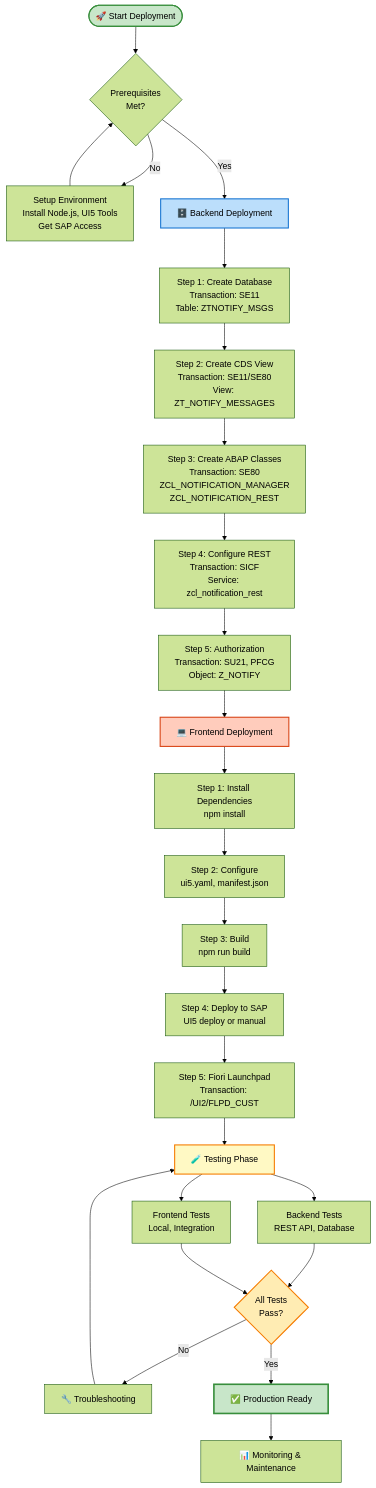
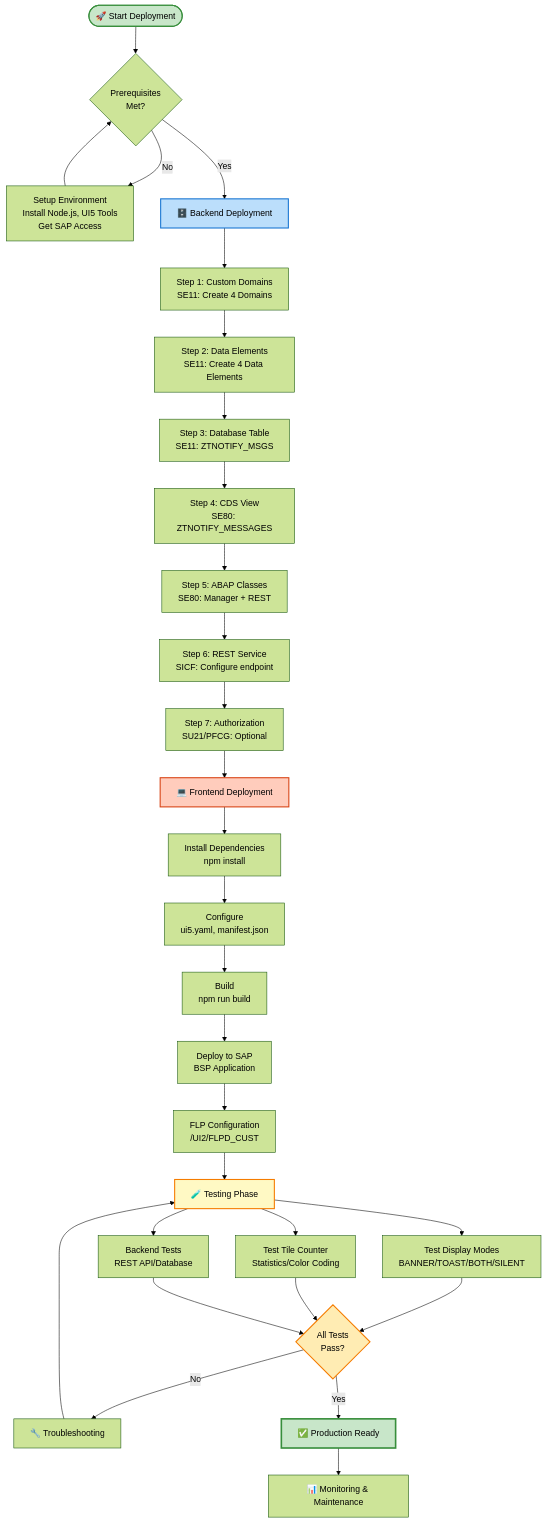
Before and after one commit to Raistlin82/sap-fiori-notification-banner: the diagram in docs/DEPLOYMENT_GUIDE.md, drawn with Mermaid (forest theme). The commit also changed other lines of this file, not shown here.

````diff
--- a/docs/DEPLOYMENT_GUIDE.md
+++ b/docs/DEPLOYMENT_GUIDE.md
@@ -81,39 +98,43 @@
 ```mermaid
 graph TB
     Start([🚀 Start Deployment]) --> Prerequisites{Prerequisites<br/>Met?}
     Prerequisites -->|No| SetupEnv[Setup Environment<br/>Install Node.js, UI5 Tools<br/>Get SAP Access]
     SetupEnv --> Prerequisites
     Prerequisites -->|Yes| Backend[🗄️ Backend Deployment]
 
-    Backend --> DB[Step 1: Create Database<br/>Transaction: SE11<br/>Table: ZTNOTIFY_MSGS]
-    DB --> CDS[Step 2: Create CDS View<br/>Transaction: SE11/SE80<br/>View: ZT_NOTIFY_MESSAGES]
-    CDS --> Classes[Step 3: Create ABAP Classes<br/>Transaction: SE80<br/>ZCL_NOTIFICATION_MANAGER<br/>ZCL_NOTIFICATION_REST]
-    Classes --> REST[Step 4: Configure REST<br/>Transaction: SICF<br/>Service: zcl_notification_rest]
-    REST --> Auth[Step 5: Authorization<br/>Transaction: SU21, PFCG<br/>Object: Z_NOTIFY]
+    Backend --> Domains[Step 1: Custom Domains<br/>SE11: Create 4 Domains]
+    Domains --> DataElements[Step 2: Data Elements<br/>SE11: Create 4 Data Elements]
+    DataElements --> DB[Step 3: Database Table<br/>SE11: ZTNOTIFY_MSGS]
+    DB --> CDS[Step 4: CDS View<br/>SE80: ZTNOTIFY_MESSAGES]
+    CDS --> Classes[Step 5: ABAP Classes<br/>SE80: Manager + REST]
+    Classes --> REST[Step 6: REST Service<br/>SICF: Configure endpoint]
+    REST --> Auth[Step 7: Authorization<br/>SU21/PFCG: Optional]
 
     Auth --> Frontend[💻 Frontend Deployment]
-    Frontend --> Install[Step 1: Install Dependencies<br/>npm install]
-    Install --> Configure[Step 2: Configure<br/>ui5.yaml, manifest.json]
-    Configure --> Build[Step 3: Build<br/>npm run build]
-    Build --> Deploy[Step 4: Deploy to SAP<br/>UI5 deploy or manual]
-    Deploy --> FLP[Step 5: Fiori Launchpad<br/>Transaction: /UI2/FLPD_CUST]
+    Frontend --> Install[Install Dependencies<br/>npm install]
+    Install --> Configure[Configure<br/>ui5.yaml, manifest.json]
+    Configure --> Build[Build<br/>npm run build]
+    Build --> Deploy[Deploy to SAP<br/>BSP Application]
+    Deploy --> FLP[FLP Configuration<br/>/UI2/FLPD_CUST]
 
     FLP --> Testing[🧪 Testing Phase]
-    Testing --> BackendTest[Backend Tests<br/>REST API, Database]
-    Testing --> FrontendTest[Frontend Tests<br/>Local, Integration]
+    Testing --> DisplayModes[Test Display Modes<br/>BANNER/TOAST/BOTH/SILENT]
+    Testing --> TileCounter[Test Tile Counter<br/>Statistics/Color Coding]
+    Testing --> BackendTest[Backend Tests<br/>REST API/Database]
 
-    BackendTest --> Verification{All Tests<br/>Pass?}
-    FrontendTest --> Verification
+    DisplayModes --> Verification{All Tests<br/>Pass?}
+    TileCounter --> Verification
+    BackendTest --> Verification
     Verification -->|No| Debug[🔧 Troubleshooting]
     Debug --> Testing
     Verification -->|Yes| Production[✅ Production Ready]
 
     Production --> Monitor[📊 Monitoring & Maintenance]
 
     style Start fill:#c8e6c9,stroke:#388e3c,stroke-width:2px
     style Backend fill:#bbdefb,stroke:#1976d2,stroke-width:2px
     style Frontend fill:#ffccbc,stroke:#d84315,stroke-width:2px
     style Testing fill:#fff9c4,stroke:#f57c00,stroke-width:2px
     style Production fill:#c8e6c9,stroke:#388e3c,stroke-width:3px
     style Verification fill:#ffecb3,stroke:#f57c00,stroke-width:2px
 ```
````
